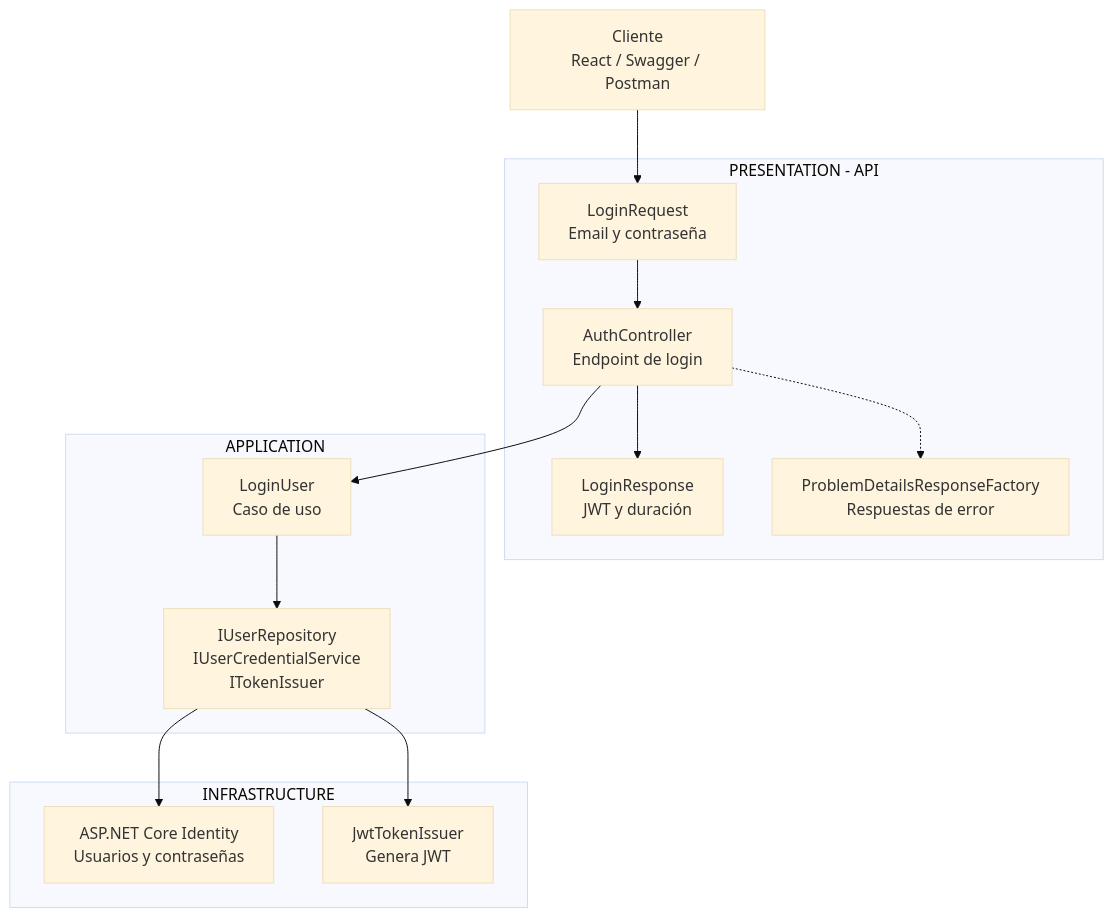
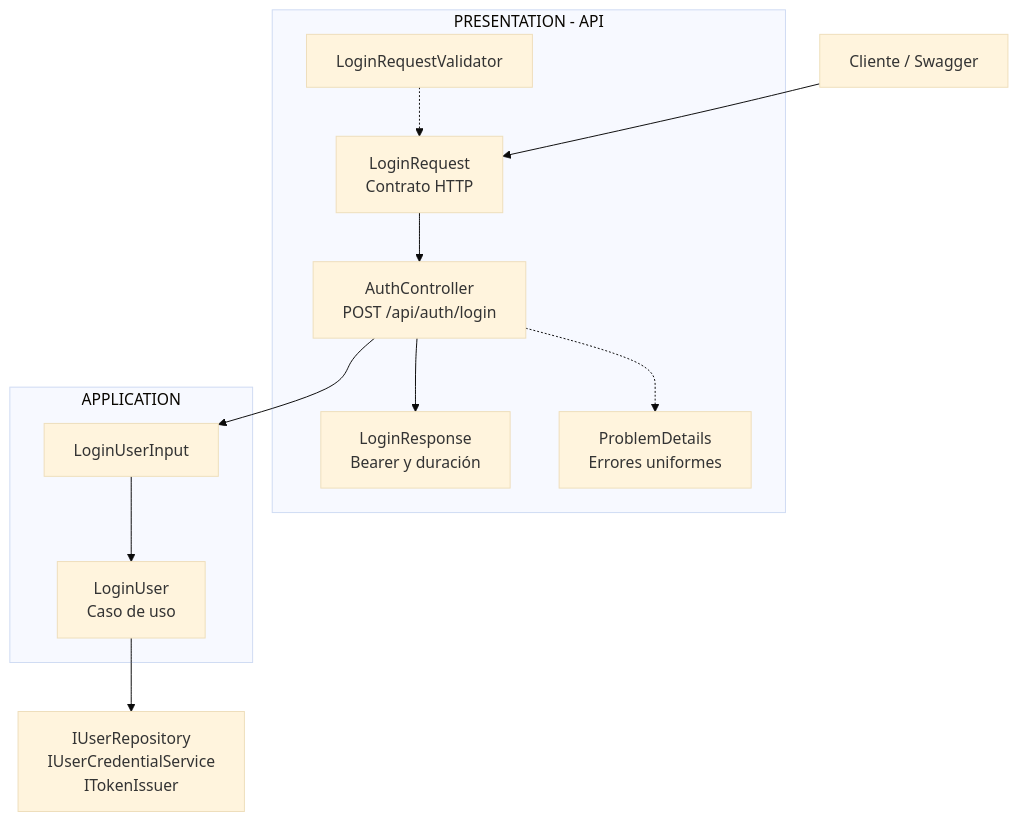
One commit to MLahuasi/FEPP-ContaOps changed the sixth of 7 diagrams in specs/implementation/02-identidad-roles-jwt-imp.md. Above: the diagram before and after it, drawn with Mermaid (base theme). The commit also changed other lines of this file and 22 other files, not shown here.

````diff
--- a/specs/implementation/02-identidad-roles-jwt-imp.md
+++ b/specs/implementation/02-identidad-roles-jwt-imp.md
@@ -1287,32 +481,17 @@
 ```mermaid
 flowchart TB
-    Client["Cliente<br/>React / Swagger / Postman"]
-
+    Client["Cliente / Swagger"]
     subgraph API["PRESENTATION - API"]
-        Request["LoginRequest<br/>Email y contraseña"]
-        Controller["AuthController<br/>Endpoint de login"]
-        Response["LoginResponse<br/>JWT y duración"]
-        Errors["ProblemDetailsResponseFactory<br/>Respuestas de error"]
-
-        Request --> Controller
-        Controller --> Response
-        Controller -.-> Errors
+        Req["LoginRequest<br/>Contrato HTTP"] --> Controller["AuthController<br/>POST /api/auth/login"]
+        Validator["LoginRequestValidator"] -.-> Req
+        Controller --> Response["LoginResponse<br/>Bearer y duración"]
+        Controller -.-> Error["ProblemDetails<br/>Errores uniformes"]
     end
-
     subgraph Application["APPLICATION"]
-        Login["LoginUser<br/>Caso de uso"]
-        Ports["IUserRepository<br/>IUserCredentialService<br/>ITokenIssuer"]
-
-        Login --> Ports
+        Input["LoginUserInput"] --> Login["LoginUser<br/>Caso de uso"]
     end
-
-    subgraph Infrastructure["INFRASTRUCTURE"]
-        Identity["ASP.NET Core Identity<br/>Usuarios y contraseñas"]
-        JWT["JwtTokenIssuer<br/>Genera JWT"]
-    end
-
-    Client --> Request
-    Controller --> Login
-    Ports --> Identity
-    Ports --> JWT
+    Ports["IUserRepository<br/>IUserCredentialService<br/>ITokenIssuer"]
+    Client --> Req
+    Controller --> Input
+    Login --> Ports
 ```
````
